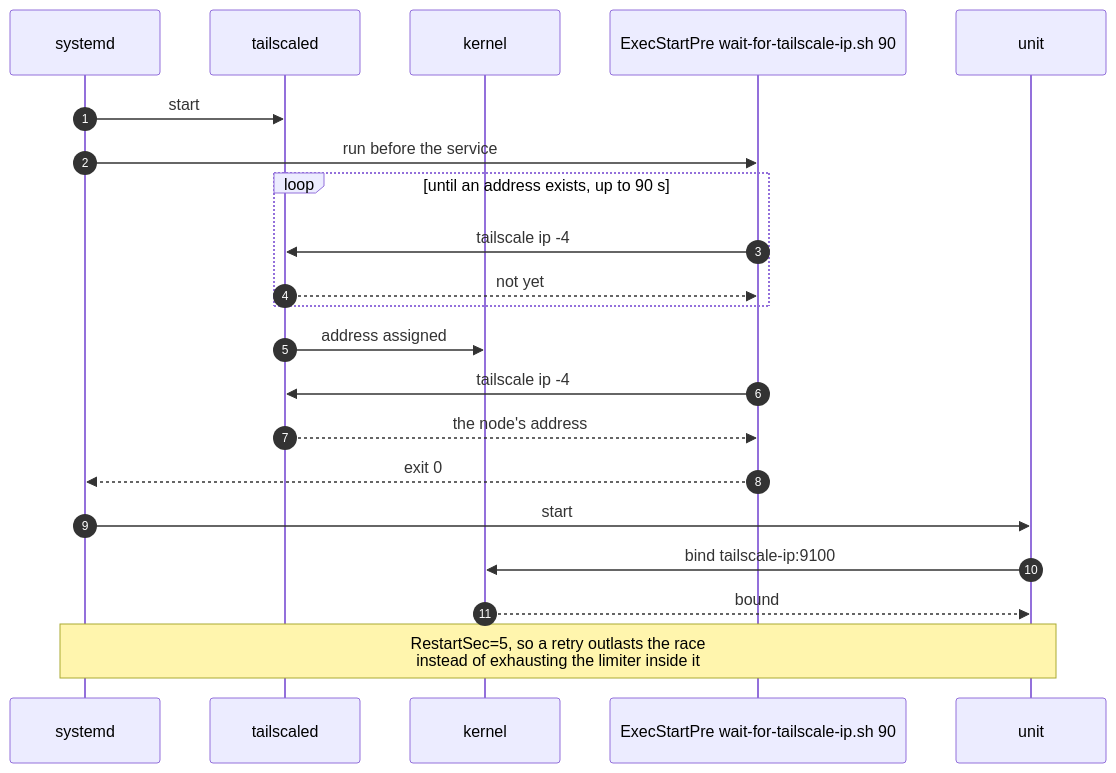
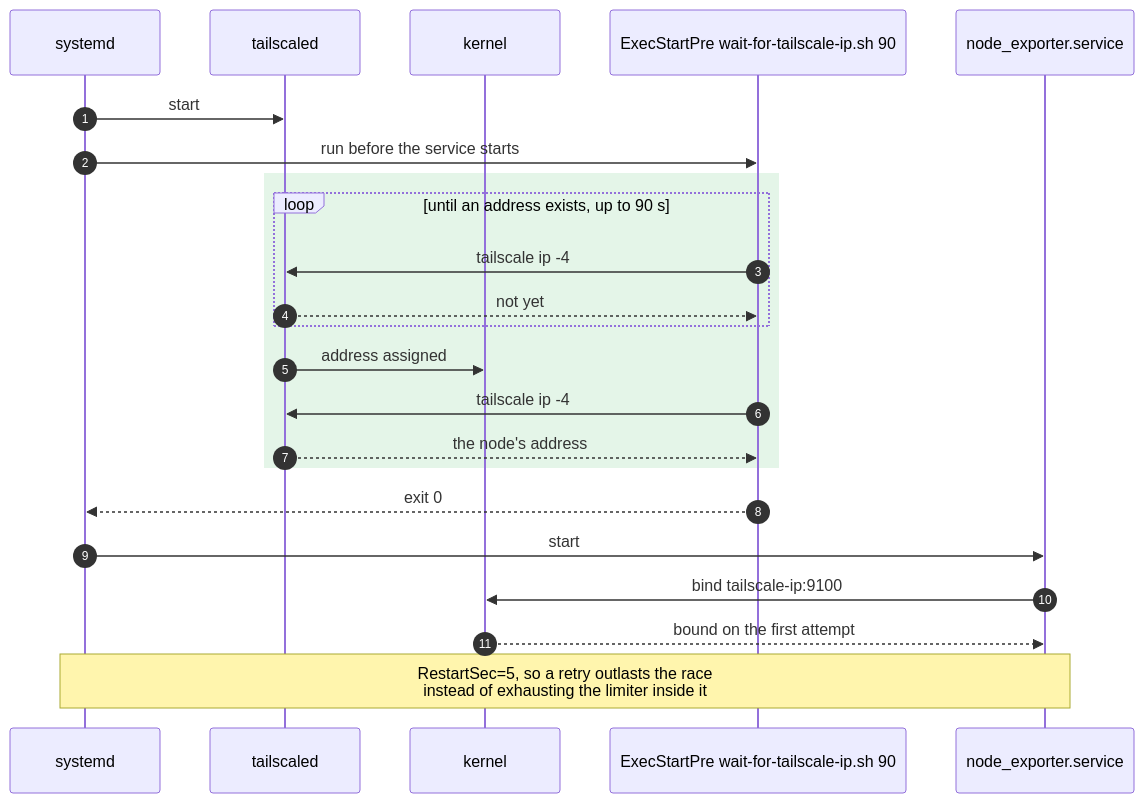
The second of 2 diagrams in docs/platform/known-errors.md (sohanreddyk/homelab-server-architecture), drawn with Mermaid before and after one commit. The commit also changed other lines of this file and 3 other files, not shown here.

````diff
--- a/docs/platform/known-errors.md
+++ b/docs/platform/known-errors.md
@@ -1072,26 +1083,28 @@
 ```mermaid
 sequenceDiagram
   accTitle: The same boot with the readiness gate in place
   accDescr: ExecStartPre polls for the Tailscale address until it exists, then the bind succeeds on the first attempt.
   autonumber
   participant S as systemd
   participant T as tailscaled
   participant K as kernel
   participant P as ExecStartPre wait-for-tailscale-ip.sh 90
-  participant U as unit
+  participant U as node_exporter.service
 
   S->>T: start
-  S->>P: run before the service
-  loop until an address exists, up to 90 s
+  S->>P: run before the service starts
+  rect rgb(228, 245, 232)
+    loop until an address exists, up to 90 s
+      P->>T: tailscale ip -4
+      T-->>P: not yet
+    end
+    T->>K: address assigned
     P->>T: tailscale ip -4
-    T-->>P: not yet
+    T-->>P: the node's address
   end
-  T->>K: address assigned
-  P->>T: tailscale ip -4
-  T-->>P: the node's address
   P-->>S: exit 0
   S->>U: start
   U->>K: bind tailscale-ip:9100
-  K-->>U: bound
+  K-->>U: bound on the first attempt
   Note over S,U: RestartSec=5, so a retry outlasts the race<br/>instead of exhausting the limiter inside it
 ```
````
